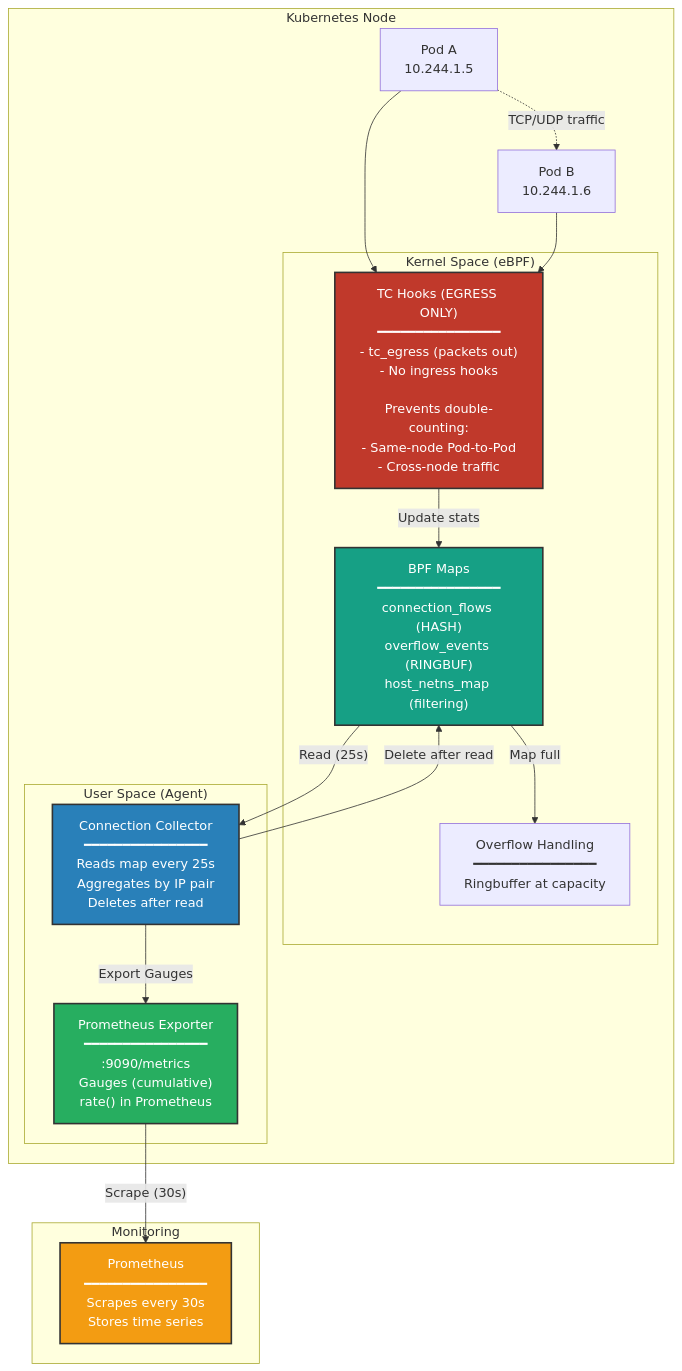
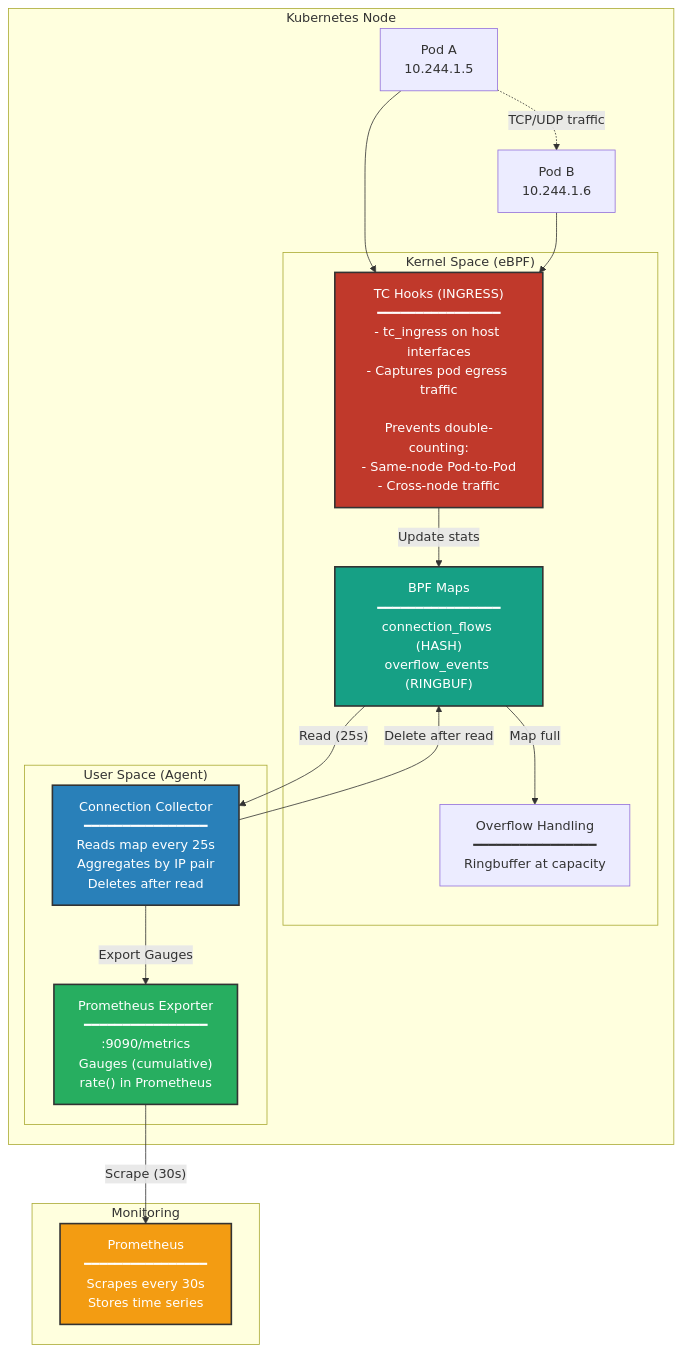
Before and after one commit to kubeadapt/kubeadapt-k8s-pulse: the first of 2 diagrams in docs/ARCHITECTURE.md, drawn with Mermaid. The commit also changed other lines of this file and 24 other files, not shown here.

````diff
--- a/docs/ARCHITECTURE.md
+++ b/docs/ARCHITECTURE.md
@@ -7,43 +7,43 @@
 ```mermaid
 graph TB
     subgraph "Kubernetes Node"
         subgraph "Kernel Space (eBPF)"
-            TC_HOOKS["TC Hooks (EGRESS ONLY)<br/>━━━━━━━━━━━━━━━━<br/>- tc_egress (packets out)<br/>- No ingress hooks<br/><br/>Prevents double-counting:<br/>- Same-node Pod-to-Pod<br/>- Cross-node traffic"]
+            TC_HOOKS["TC Hooks (INGRESS)<br/>━━━━━━━━━━━━━━━━<br/>- tc_ingress on host interfaces<br/>- Captures pod egress traffic<br/><br/>Prevents double-counting:<br/>- Same-node Pod-to-Pod<br/>- Cross-node traffic"]
 
-            MAPS["BPF Maps<br/>━━━━━━━━━━━━━━━━<br/>connection_flows (HASH)<br/>overflow_events (RINGBUF)<br/>host_netns_map (filtering)"]
+            MAPS["BPF Maps<br/>━━━━━━━━━━━━━━━━<br/>connection_flows (HASH)<br/>overflow_events (RINGBUF)"]
 
             OVERFLOW["Overflow Handling<br/>━━━━━━━━━━━━━━━━<br/>Ringbuffer at capacity"]
         end
 
         subgraph "User Space (Agent)"
             COLLECTOR["Connection Collector<br/>━━━━━━━━━━━━━━━━<br/>Reads map every 25s<br/>Aggregates by IP pair<br/>Deletes after read"]
 
             METRICS["Prometheus Exporter<br/>━━━━━━━━━━━━━━━━<br/>:9090/metrics<br/>Gauges (cumulative)<br/>rate() in Prometheus"]
         end
 
         POD1["Pod A<br/>10.244.1.5"]
         POD2["Pod B<br/>10.244.1.6"]
     end
 
     subgraph "Monitoring"
         PROM["Prometheus<br/>━━━━━━━━━━━━━━━━<br/>Scrapes every 30s<br/>Stores time series"]
     end
 
     POD1 -.->|"TCP/UDP traffic"| POD2
     POD1 --> TC_HOOKS
     POD2 --> TC_HOOKS
 
     TC_HOOKS -->|"Update stats"| MAPS
     MAPS -->|"Map full"| OVERFLOW
 
     MAPS -->|"Read (25s)"| COLLECTOR
     COLLECTOR -->|"Delete after read"| MAPS
     COLLECTOR -->|"Export Gauges"| METRICS
     METRICS -->|"Scrape (30s)"| PROM
 
     style TC_HOOKS fill:#c0392b,stroke:#333,stroke-width:2px,color:#fff
     style MAPS fill:#16a085,stroke:#333,stroke-width:2px,color:#fff
     style COLLECTOR fill:#2980b9,stroke:#333,stroke-width:2px,color:#fff
     style METRICS fill:#27ae60,stroke:#333,stroke-width:2px,color:#fff
     style PROM fill:#f39c12,stroke:#333,stroke-width:2px,color:#fff
 ```
````
